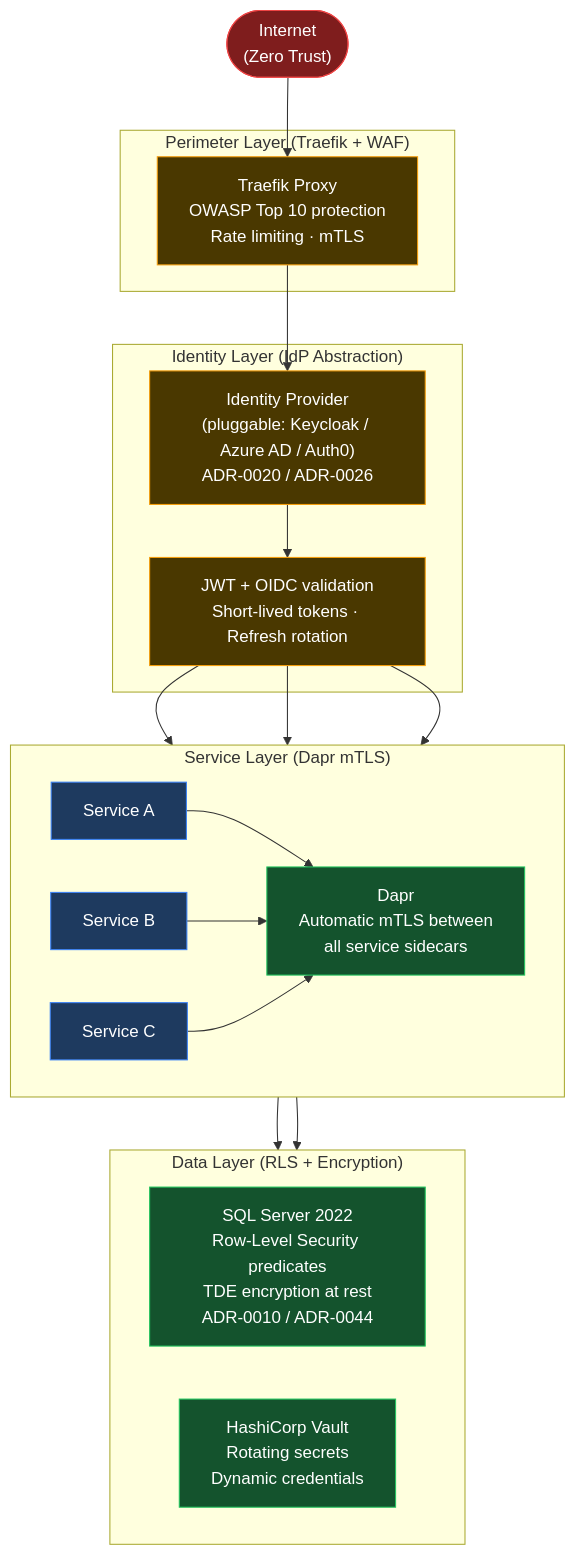
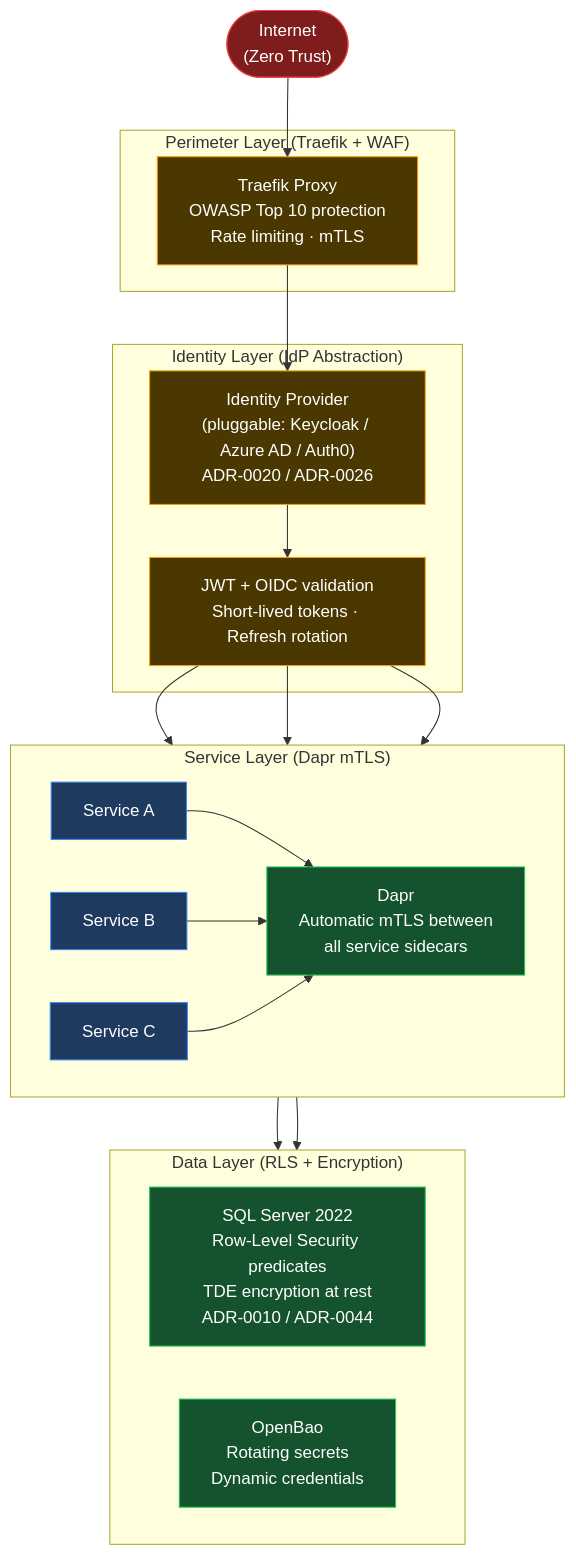
The fourth of 5 diagrams in reference/governance/standards/communication/visuals/v08-infrastructure-topology.md (beyondnetcode/evolith_arch32), drawn with Mermaid before and after one commit. The commit also changed other lines of this file and 31 other files, not shown here.

First line of the commit message:
chore(infra): migrate HashiCorp Vault to OpenBao (GT-112)

````diff
--- a/reference/governance/standards/communication/visuals/v08-infrastructure-topology.md
+++ b/reference/governance/standards/communication/visuals/v08-infrastructure-topology.md
@@ -179,39 +179,39 @@
 ```mermaid
 flowchart TD
     classDef untrusted fill:#7f1d1d,stroke:#ef4444,color:#fff
     classDef perimeter fill:#4a3800,stroke:#f59e0b,color:#fff
     classDef trusted fill:#14532d,stroke:#22c55e,color:#fff
     classDef service fill:#1e3a5f,stroke:#3b82f6,color:#fff
 
     INTERNET([" Internet\n(Zero Trust)"]):::untrusted
 
     subgraph P1["Perimeter Layer (Traefik + WAF)"]
         TRAEFIK2["Traefik Proxy\nOWASP Top 10 protection\nRate limiting · mTLS"]:::perimeter
     end
 
     subgraph P2["Identity Layer (IdP Abstraction)"]
         IDP["Identity Provider\n(pluggable: Keycloak / Azure AD / Auth0)\nADR-0020 / ADR-0026"]:::perimeter
         JWT2["JWT + OIDC validation\nShort-lived tokens · Refresh rotation"]:::perimeter
     end
 
     subgraph P3["Service Layer (Dapr mTLS)"]
         direction LR
         SVC_A["Service A"]:::service
         SVC_B["Service B"]:::service
         SVC_C["Service C"]:::service
         DAPR2["Dapr\nAutomatic mTLS between\nall service sidecars"]:::trusted
     end
 
     subgraph P4["Data Layer (RLS + Encryption)"]
         direction LR
         DB2["SQL Server 2022\nRow-Level Security predicates\nTDE encryption at rest\nADR-0010 / ADR-0044"]:::trusted
-        VAULT2["HashiCorp Vault\nRotating secrets\nDynamic credentials"]:::trusted
+        OPENBAO2["OpenBao\nRotating secrets\nDynamic credentials"]:::trusted
     end
 
     INTERNET --> TRAEFIK2
     TRAEFIK2 --> IDP
     IDP --> JWT2
     JWT2 --> SVC_A & SVC_B & SVC_C
     SVC_A & SVC_B & SVC_C --> DAPR2
-    DAPR2 --> DB2 & VAULT2
+    DAPR2 --> DB2 & OPENBAO2
 ```
````
